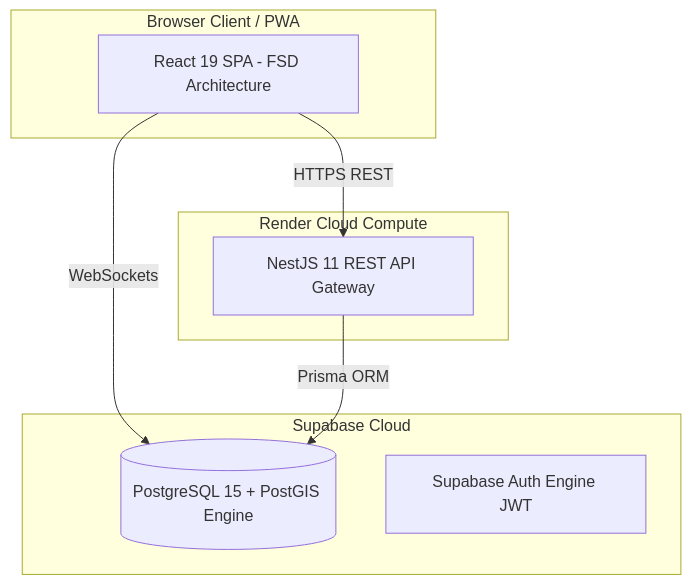
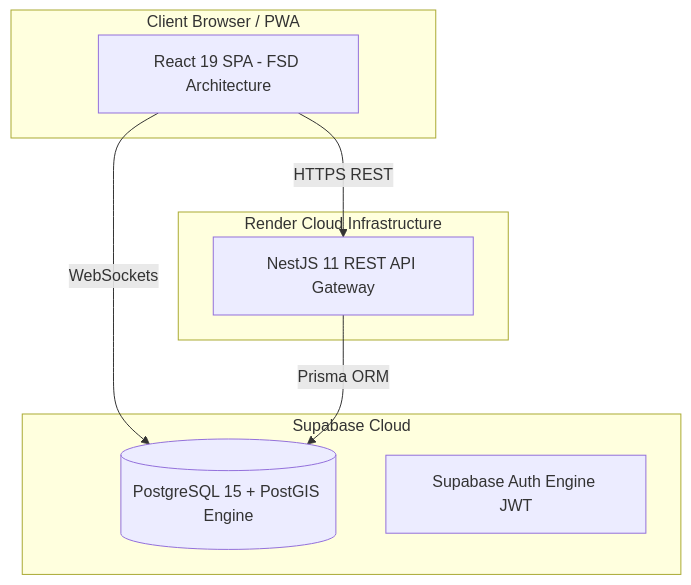
The fifth of 5 diagrams in ENTREGABLE/1. Trabajo Final Matias/TESIS_FINAL_SPORTMATCH_EN.md (jojiz29/sportmatch-connect), drawn with Mermaid before and after one commit. The commit also changed other lines of this file and 1 other file, not shown here.

````diff
--- a/ENTREGABLE/1. Trabajo Final Matias/TESIS_FINAL_SPORTMATCH_EN.md
+++ b/ENTREGABLE/1. Trabajo Final Matias/TESIS_FINAL_SPORTMATCH_EN.md
@@ -361,16 +458,16 @@
 ```mermaid
 graph TB
-    subgraph "Browser Client / PWA"
+    subgraph "Client Browser / PWA"
         SPA["React 19 SPA - FSD Architecture"]
     end
-    subgraph "Render Cloud Compute"
+    subgraph "Render Cloud Infrastructure"
         API["NestJS 11 REST API Gateway"]
     end
     subgraph "Supabase Cloud"
         DB[("PostgreSQL 15 + PostGIS Engine")]
         AUTH["Supabase Auth Engine JWT"]
     end
     SPA -->|HTTPS REST| API
     SPA -->|WebSockets| DB
     API -->|Prisma ORM| DB
 ```
````
